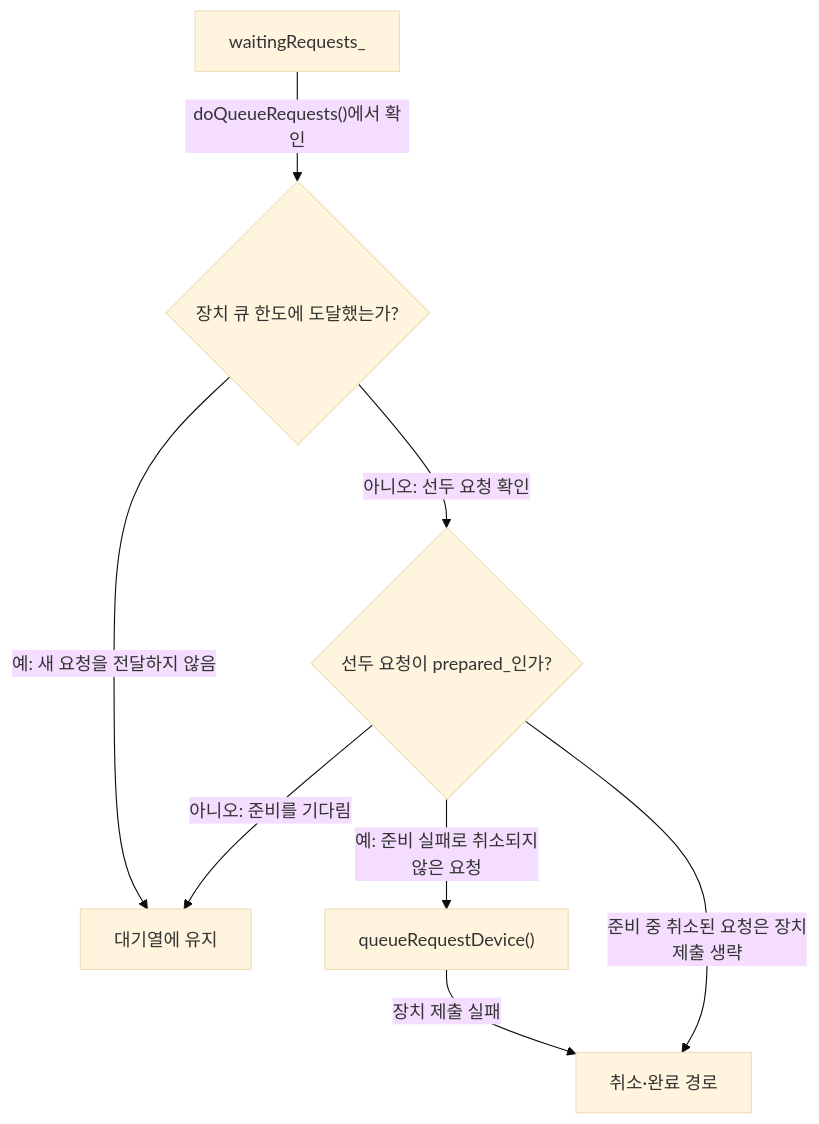
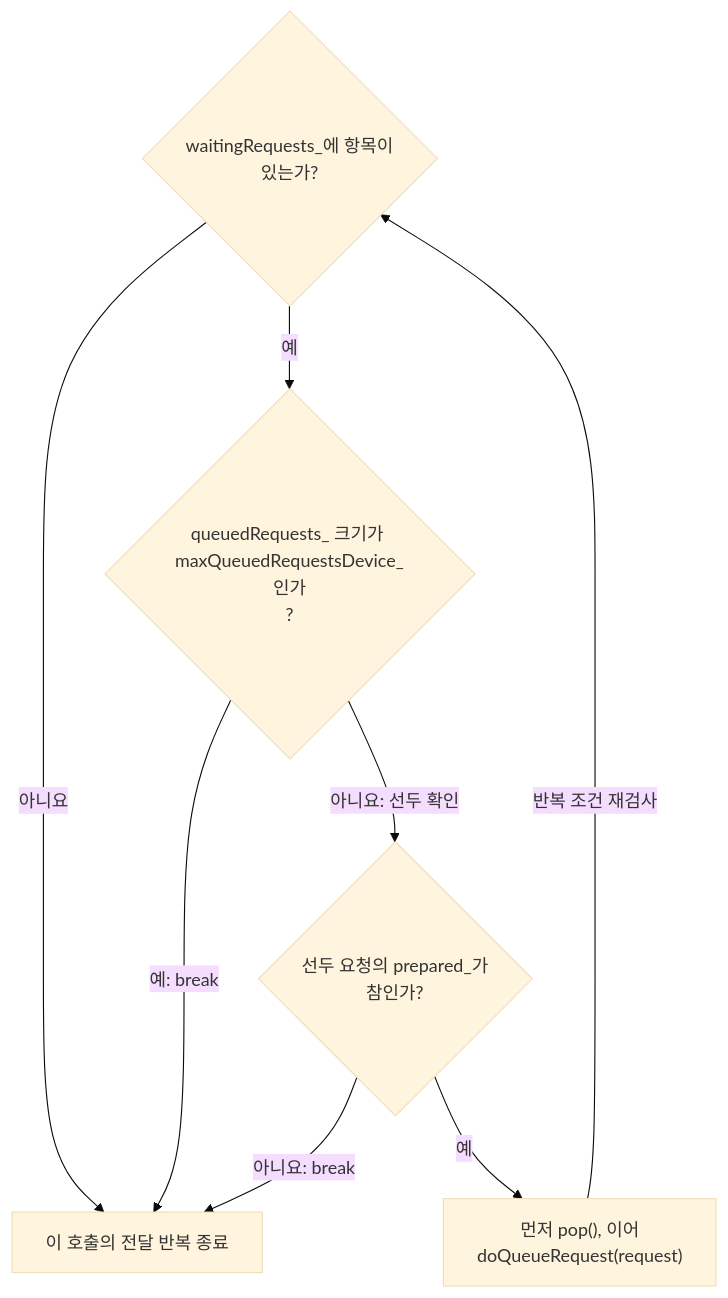
Before and after one commit to TTolsun/libcamera-sdd: the sixth of 10 diagrams in docs/request-diagnosis.md, drawn with Mermaid (base theme). The commit also changed other lines of this file and 296 other files, not shown here.

Commit message:
Expand request submission diagnosis with verified conditions and diagrams

````diff
--- a/docs/request-diagnosis.md
+++ b/docs/request-diagnosis.md
@@ -85,17 +288,16 @@
 ```mermaid
 flowchart TB
-%% sdd:translations {"doQueueRequests()에서 확인": "Check in doQueueRequests()", "queueRequestDevice()": "queueRequestDevice()", "waitingRequests_": "waitingRequests_", "대기열에 유지": "Stay in waiting queue", "선두 요청이 prepared_인가?": "Is the front request <br/>prepared?", "아니오: 선두 요청 확인": "No: inspect front request", "아니오: 준비를 기다림": "No: wait for preparation", "예: 새 요청을 전달하지 않음": "Yes: stop forwarding", "예: 준비 실패로 취소되지 <br/>않은 요청": "Yes: unless cancelled <br/>during preparation", "장치 제출 실패": "Device queue failure", "장치 큐 한도에 도달했는가?": "Device queue at its limit?", "준비 중 취소된 요청은 장치 <br/>제출 생략": "Skip device for cancelled <br/>request", "취소·완료 경로": "Cancellation and completion"}
-  v_wait["waitingRequests_"]
-  v_ready{"선두 요청이 prepared_인가?"}
-  v_limit{"장치 큐 한도에 도달했는가?"}
-  v_hold["대기열에 유지"]
-  v_device["queueRequestDevice()"]
-  v_cancel["취소·완료 경로"]
-  v_wait -->|"doQueueRequests()에서 확인"| v_limit
-  v_limit -->|"예: 새 요청을 전달하지 않음"| v_hold
-  v_limit -->|"아니오: 선두 요청 확인"| v_ready
-  v_ready -->|"아니오: 준비를 기다림"| v_hold
-  v_ready -->|"예: 준비 실패로 취소되지 <br/>않은 요청"| v_device
-  v_device -->|"장치 제출 실패"| v_cancel
-  v_ready -->|"준비 중 취소된 요청은 장치 <br/>제출 생략"| v_cancel
+%% sdd:translations {"queuedRequests_ 크기가 <br/>maxQueuedRequestsDevice_인가<br/>?": "Does queuedRequests_ size <br/>equal <br/>maxQueuedRequestsDevice_?", "waitingRequests_에 항목이 <br/>있는가?": "Does waitingRequests_ <br/>contain an item?", "먼저 pop(), 이어 <br/>doQueueRequest(request)": "pop() first, then <br/>doQueueRequest(request)", "반복 조건 재검사": "Recheck loop condition", "선두 요청의 prepared_가 <br/>참인가?": "Is the front request <br/>prepared_?", "아니요": "No", "아니요: break": "No: break", "아니요: 선두 확인": "No: inspect front", "예": "Yes", "예: break": "Yes: break", "이 호출의 전달 반복 종료": "End this invocation&#x27;s <br/>forwarding loop"}
+  v_waiting{"waitingRequests_에 항목이 <br/>있는가?"}
+  v_limit{"queuedRequests_ 크기가 <br/>maxQueuedRequestsDevice_인가<br/>?"}
+  v_ready{"선두 요청의 prepared_가 <br/>참인가?"}
+  v_forward["먼저 pop(), 이어 <br/>doQueueRequest(request)"]
+  v_end["이 호출의 전달 반복 종료"]
+  v_waiting -->|"예"| v_limit
+  v_waiting -->|"아니요"| v_end
+  v_limit -->|"예: break"| v_end
+  v_limit -->|"아니요: 선두 확인"| v_ready
+  v_ready -->|"아니요: break"| v_end
+  v_ready -->|"예"| v_forward
+  v_forward -->|"반복 조건 재검사"| v_waiting
 ```
````
